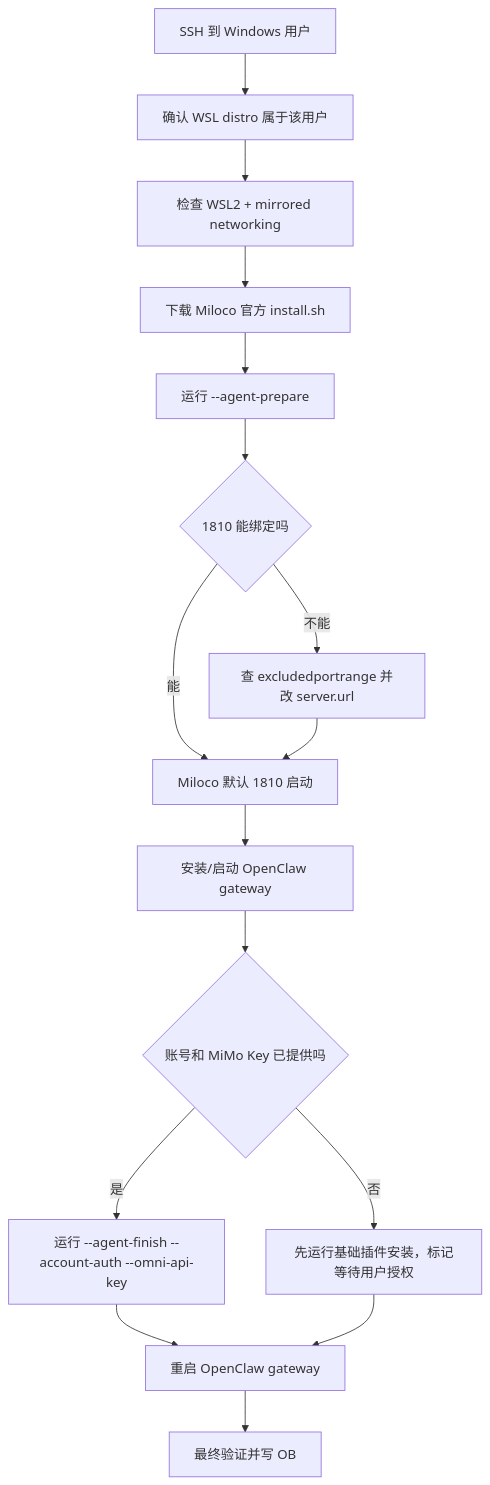
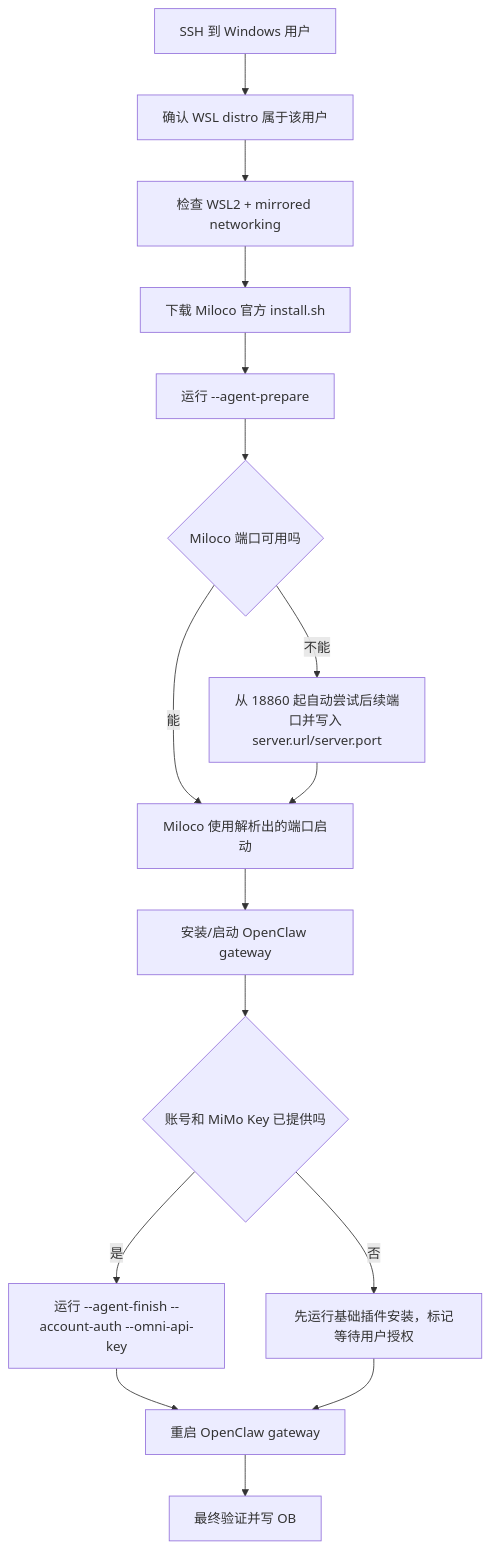
Before and after one commit to andy-JustSayWhen/xiaomi-miloco: the diagram in docs/windows/agent-install.md, drawn with Mermaid. The commit also changed other lines of this file and 22 other files, not shown here.

Commit message:
feat(windows): auto-select miloco port

````diff
--- a/docs/windows/agent-install.md
+++ b/docs/windows/agent-install.md
@@ -65,18 +65,18 @@
 ```mermaid
 flowchart TD
   A["SSH 到 Windows 用户"] --> B["确认 WSL distro 属于该用户"]
   B --> C["检查 WSL2 + mirrored networking"]
   C --> D["下载 Miloco 官方 install.sh"]
   D --> E["运行 --agent-prepare"]
-  E --> F{"1810 能绑定吗"}
-  F -- "能" --> G["Miloco 默认 1810 启动"]
-  F -- "不能" --> H["查 excludedportrange 并改 server.url"]
+  E --> F{"Miloco 端口可用吗"}
+  F -- "能" --> G["Miloco 使用解析出的端口启动"]
+  F -- "不能" --> H["从 18860 起自动尝试后续端口并写入 server.url/server.port"]
   H --> G
   G --> I["安装/启动 OpenClaw gateway"]
   I --> J{"账号和 MiMo Key 已提供吗"}
   J -- "是" --> J1["运行 --agent-finish --account-auth --omni-api-key"]
   J -- "否" --> J2["先运行基础插件安装，标记等待用户授权"]
   J1 --> K["重启 OpenClaw gateway"]
   J2 --> K
   K --> L["最终验证并写 OB"]
 ```
````
